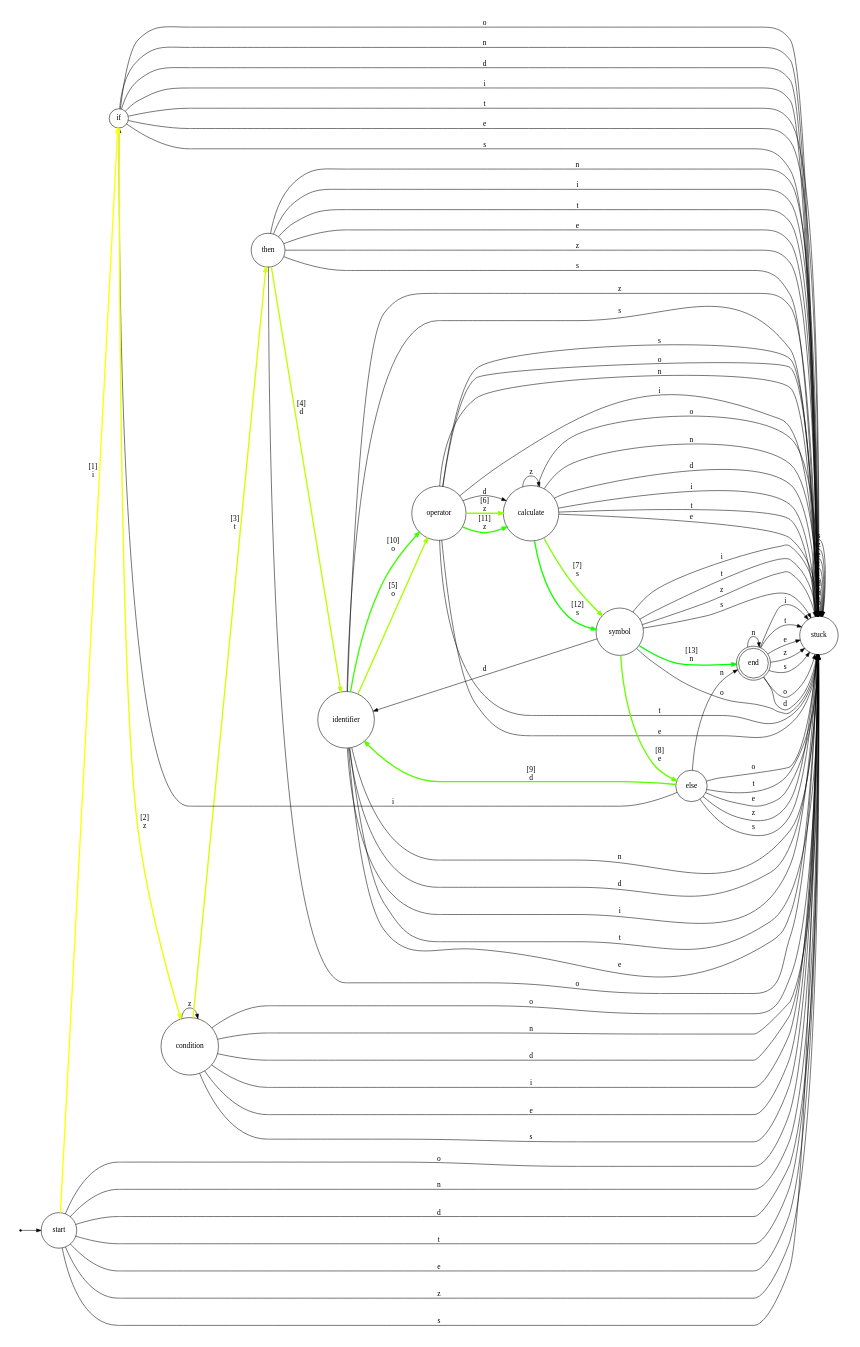
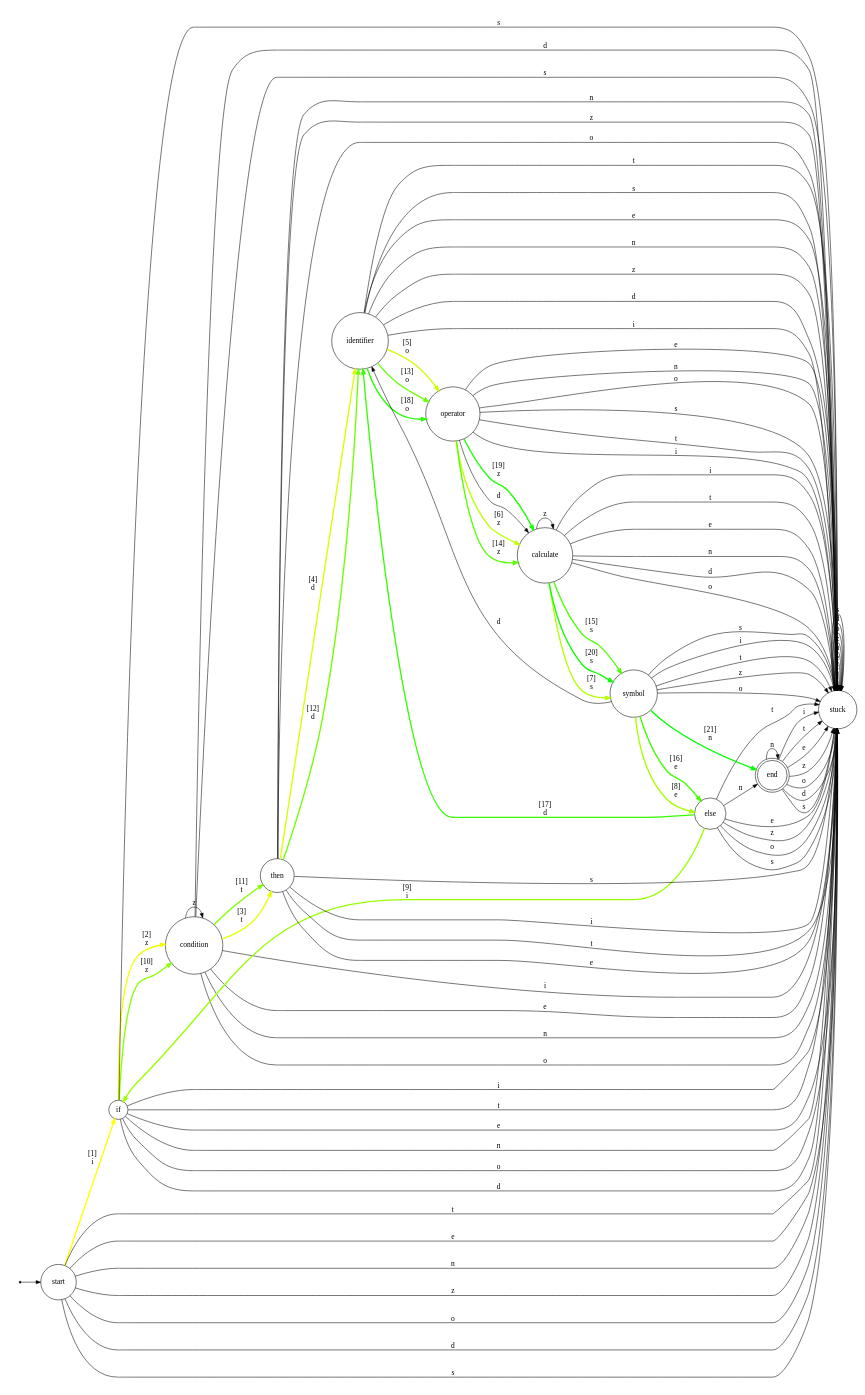
The diagram in Source/Code/Digraph.gv (MohamadAbdelmoniem/Compiler-Spring-2022), drawn with Graphviz before and after one commit. The commit also changed 3 other files, not shown here.

```diff
--- a/Source/Code/Digraph.gv
+++ b/Source/Code/Digraph.gv
@@ -1,121 +1,136 @@
 digraph {
 	ranksep=0.5 size="8, 8"
 	rankdir=LR
 	Initial [label="" fontsize=14.0 shape=point]
 	calculate [fontsize=14.0 shape=circle]
 	condition [fontsize=14.0 shape=circle]
 	else [fontsize=14.0 shape=circle]
 	end [fontsize=14.0 shape=doublecircle]
 	identifier [fontsize=14.0 shape=circle]
 	if [fontsize=14.0 shape=circle]
 	operator [fontsize=14.0 shape=circle]
 	start [fontsize=14.0 shape=circle]
 	stuck [fontsize=14.0 shape=circle]
 	symbol [fontsize=14.0 shape=circle]
 	then [fontsize=14.0 shape=circle]
 	Initial -> start [arrowsize=0.85]
 	start -> if [label=" [1]
 i " arrowsize=0.85 color="#ffff00" fontsize=14.0 penwidth=2.5]
 	if -> condition [label=" [2]
-z " arrowsize=0.85 color="#eaff00" fontsize=14.0 penwidth=2.5]
+z " arrowsize=0.85 color="#f2ff00" fontsize=14.0 penwidth=2.5]
 	condition -> then [label=" [3]
-t " arrowsize=0.85 color="#d5ff00" fontsize=14.0 penwidth=2.5]
+t " arrowsize=0.85 color="#e6ff00" fontsize=14.0 penwidth=2.5]
 	then -> identifier [label=" [4]
-d " arrowsize=0.85 color="#bfff00" fontsize=14.0 penwidth=2.5]
+d " arrowsize=0.85 color="#d9ff00" fontsize=14.0 penwidth=2.5]
 	identifier -> operator [label=" [5]
-o " arrowsize=0.85 color="#aaff00" fontsize=14.0 penwidth=2.5]
+o " arrowsize=0.85 color="#ccff00" fontsize=14.0 penwidth=2.5]
 	operator -> calculate [label=" [6]
-z " arrowsize=0.85 color="#95ff00" fontsize=14.0 penwidth=2.5]
+z " arrowsize=0.85 color="#bfff00" fontsize=14.0 penwidth=2.5]
 	calculate -> symbol [label=" [7]
-s " arrowsize=0.85 color="#80ff00" fontsize=14.0 penwidth=2.5]
+s " arrowsize=0.85 color="#b3ff00" fontsize=14.0 penwidth=2.5]
 	symbol -> else [label=" [8]
-e " arrowsize=0.85 color="#6aff00" fontsize=14.0 penwidth=2.5]
-	else -> identifier [label=" [9]
-d " arrowsize=0.85 color="#55ff00" fontsize=14.0 penwidth=2.5]
-	identifier -> operator [label=" [10]
-o " arrowsize=0.85 color="#40ff00" fontsize=14.0 penwidth=2.5]
-	operator -> calculate [label=" [11]
-z " arrowsize=0.85 color="#2bff00" fontsize=14.0 penwidth=2.5]
-	calculate -> symbol [label=" [12]
-s " arrowsize=0.85 color="#15ff00" fontsize=14.0 penwidth=2.5]
-	symbol -> end [label=" [13]
+e " arrowsize=0.85 color="#a6ff00" fontsize=14.0 penwidth=2.5]
+	else -> if [label=" [9]
+i " arrowsize=0.85 color="#99ff00" fontsize=14.0 penwidth=2.5]
+	if -> condition [label=" [10]
+z " arrowsize=0.85 color="#8cff00" fontsize=14.0 penwidth=2.5]
+	condition -> then [label=" [11]
+t " arrowsize=0.85 color="#80ff00" fontsize=14.0 penwidth=2.5]
+	then -> identifier [label=" [12]
+d " arrowsize=0.85 color="#73ff00" fontsize=14.0 penwidth=2.5]
+	identifier -> operator [label=" [13]
+o " arrowsize=0.85 color="#66ff00" fontsize=14.0 penwidth=2.5]
+	operator -> calculate [label=" [14]
+z " arrowsize=0.85 color="#59ff00" fontsize=14.0 penwidth=2.5]
+	calculate -> symbol [label=" [15]
+s " arrowsize=0.85 color="#4cff00" fontsize=14.0 penwidth=2.5]
+	symbol -> else [label=" [16]
+e " arrowsize=0.85 color="#40ff00" fontsize=14.0 penwidth=2.5]
+	else -> identifier [label=" [17]
+d " arrowsize=0.85 color="#33ff00" fontsize=14.0 penwidth=2.5]
+	identifier -> operator [label=" [18]
+o " arrowsize=0.85 color="#26ff00" fontsize=14.0 penwidth=2.5]
+	operator -> calculate [label=" [19]
+z " arrowsize=0.85 color="#19ff00" fontsize=14.0 penwidth=2.5]
+	calculate -> symbol [label=" [20]
+s " arrowsize=0.85 color="#0dff00" fontsize=14.0 penwidth=2.5]
+	symbol -> end [label=" [21]
 n " arrowsize=0.85 color="#00ff00" fontsize=14.0 penwidth=2.5]
-	end -> stuck [label=" o " arrowsize=0.85 fontsize=14.0]
-	end -> end [label=" n " arrowsize=0.85 fontsize=14.0]
-	end -> stuck [label=" d " arrowsize=0.85 fontsize=14.0]
+	start -> stuck [label=" t " arrowsize=0.85 fontsize=14.0]
+	start -> stuck [label=" e " arrowsize=0.85 fontsize=14.0]
+	start -> stuck [label=" n " arrowsize=0.85 fontsize=14.0]
+	start -> stuck [label=" z " arrowsize=0.85 fontsize=14.0]
+	start -> stuck [label=" o " arrowsize=0.85 fontsize=14.0]
+	start -> stuck [label=" d " arrowsize=0.85 fontsize=14.0]
+	start -> stuck [label=" s " arrowsize=0.85 fontsize=14.0]
+	if -> stuck [label=" i " arrowsize=0.85 fontsize=14.0]
+	if -> stuck [label=" t " arrowsize=0.85 fontsize=14.0]
+	if -> stuck [label=" e " arrowsize=0.85 fontsize=14.0]
+	if -> stuck [label=" n " arrowsize=0.85 fontsize=14.0]
+	if -> stuck [label=" o " arrowsize=0.85 fontsize=14.0]
+	if -> stuck [label=" d " arrowsize=0.85 fontsize=14.0]
+	if -> stuck [label=" s " arrowsize=0.85 fontsize=14.0]
+	then -> stuck [label=" i " arrowsize=0.85 fontsize=14.0]
+	then -> stuck [label=" t " arrowsize=0.85 fontsize=14.0]
+	then -> stuck [label=" e " arrowsize=0.85 fontsize=14.0]
+	then -> stuck [label=" n " arrowsize=0.85 fontsize=14.0]
+	then -> stuck [label=" z " arrowsize=0.85 fontsize=14.0]
+	then -> stuck [label=" o " arrowsize=0.85 fontsize=14.0]
+	then -> stuck [label=" s " arrowsize=0.85 fontsize=14.0]
+	else -> stuck [label=" t " arrowsize=0.85 fontsize=14.0]
+	else -> stuck [label=" e " arrowsize=0.85 fontsize=14.0]
+	else -> end [label=" n " arrowsize=0.85 fontsize=14.0]
+	else -> stuck [label=" z " arrowsize=0.85 fontsize=14.0]
+	else -> stuck [label=" o " arrowsize=0.85 fontsize=14.0]
+	else -> stuck [label=" s " arrowsize=0.85 fontsize=14.0]
 	end -> stuck [label=" i " arrowsize=0.85 fontsize=14.0]
 	end -> stuck [label=" t " arrowsize=0.85 fontsize=14.0]
 	end -> stuck [label=" e " arrowsize=0.85 fontsize=14.0]
+	end -> end [label=" n " arrowsize=0.85 fontsize=14.0]
 	end -> stuck [label=" z " arrowsize=0.85 fontsize=14.0]
+	end -> stuck [label=" o " arrowsize=0.85 fontsize=14.0]
+	end -> stuck [label=" d " arrowsize=0.85 fontsize=14.0]
 	end -> stuck [label=" s " arrowsize=0.85 fontsize=14.0]
-	start -> stuck [label=" o " arrowsize=0.85 fontsize=14.0]
-	start -> stuck [label=" n " arrowsize=0.85 fontsize=14.0]
-	start -> stuck [label=" d " arrowsize=0.85 fontsize=14.0]
-	start -> stuck [label=" t " arrowsize=0.85 fontsize=14.0]
-	start -> stuck [label=" e " arrowsize=0.85 fontsize=14.0]
-	start -> stuck [label=" z " arrowsize=0.85 fontsize=14.0]
-	start -> stuck [label=" s " arrowsize=0.85 fontsize=14.0]
-	if -> stuck [label=" o " arrowsize=0.85 fontsize=14.0]
-	if -> stuck [label=" n " arrowsize=0.85 fontsize=14.0]
-	if -> stuck [label=" d " arrowsize=0.85 fontsize=14.0]
-	if -> stuck [label=" i " arrowsize=0.85 fontsize=14.0]
-	if -> stuck [label=" t " arrowsize=0.85 fontsize=14.0]
-	if -> stuck [label=" e " arrowsize=0.85 fontsize=14.0]
-	if -> stuck [label=" s " arrowsize=0.85 fontsize=14.0]
-	operator -> stuck [label=" o " arrowsize=0.85 fontsize=14.0]
-	operator -> stuck [label=" n " arrowsize=0.85 fontsize=14.0]
-	operator -> calculate [label=" d " arrowsize=0.85 fontsize=14.0]
+	stuck -> stuck [label=" i " arrowsize=0.85 fontsize=14.0]
+	stuck -> stuck [label=" t " arrowsize=0.85 fontsize=14.0]
+	stuck -> stuck [label=" e " arrowsize=0.85 fontsize=14.0]
+	stuck -> stuck [label=" n " arrowsize=0.85 fontsize=14.0]
+	stuck -> stuck [label=" z " arrowsize=0.85 fontsize=14.0]
+	stuck -> stuck [label=" o " arrowsize=0.85 fontsize=14.0]
+	stuck -> stuck [label=" d " arrowsize=0.85 fontsize=14.0]
+	stuck -> stuck [label=" s " arrowsize=0.85 fontsize=14.0]
+	condition -> stuck [label=" i " arrowsize=0.85 fontsize=14.0]
+	condition -> condition [label=" z " arrowsize=0.85 fontsize=14.0]
+	condition -> stuck [label=" e " arrowsize=0.85 fontsize=14.0]
+	condition -> stuck [label=" n " arrowsize=0.85 fontsize=14.0]
+	condition -> stuck [label=" o " arrowsize=0.85 fontsize=14.0]
+	condition -> stuck [label=" d " arrowsize=0.85 fontsize=14.0]
+	condition -> stuck [label=" s " arrowsize=0.85 fontsize=14.0]
+	identifier -> stuck [label=" i " arrowsize=0.85 fontsize=14.0]
+	identifier -> stuck [label=" t " arrowsize=0.85 fontsize=14.0]
+	identifier -> stuck [label=" e " arrowsize=0.85 fontsize=14.0]
+	identifier -> stuck [label=" n " arrowsize=0.85 fontsize=14.0]
+	identifier -> stuck [label=" z " arrowsize=0.85 fontsize=14.0]
+	identifier -> stuck [label=" d " arrowsize=0.85 fontsize=14.0]
+	identifier -> stuck [label=" s " arrowsize=0.85 fontsize=14.0]
 	operator -> stuck [label=" i " arrowsize=0.85 fontsize=14.0]
 	operator -> stuck [label=" t " arrowsize=0.85 fontsize=14.0]
 	operator -> stuck [label=" e " arrowsize=0.85 fontsize=14.0]
+	operator -> stuck [label=" n " arrowsize=0.85 fontsize=14.0]
+	operator -> calculate [label=" d " arrowsize=0.85 fontsize=14.0]
+	operator -> stuck [label=" o " arrowsize=0.85 fontsize=14.0]
 	operator -> stuck [label=" s " arrowsize=0.85 fontsize=14.0]
-	then -> stuck [label=" o " arrowsize=0.85 fontsize=14.0]
-	then -> stuck [label=" n " arrowsize=0.85 fontsize=14.0]
-	then -> stuck [label=" i " arrowsize=0.85 fontsize=14.0]
-	then -> stuck [label=" t " arrowsize=0.85 fontsize=14.0]
-	then -> stuck [label=" e " arrowsize=0.85 fontsize=14.0]
-	then -> stuck [label=" z " arrowsize=0.85 fontsize=14.0]
-	then -> stuck [label=" s " arrowsize=0.85 fontsize=14.0]
-	calculate -> stuck [label=" o " arrowsize=0.85 fontsize=14.0]
-	calculate -> stuck [label=" n " arrowsize=0.85 fontsize=14.0]
-	calculate -> stuck [label=" d " arrowsize=0.85 fontsize=14.0]
 	calculate -> stuck [label=" i " arrowsize=0.85 fontsize=14.0]
 	calculate -> stuck [label=" t " arrowsize=0.85 fontsize=14.0]
 	calculate -> stuck [label=" e " arrowsize=0.85 fontsize=14.0]
+	calculate -> stuck [label=" n " arrowsize=0.85 fontsize=14.0]
 	calculate -> calculate [label=" z " arrowsize=0.85 fontsize=14.0]
-	identifier -> stuck [label=" n " arrowsize=0.85 fontsize=14.0]
-	identifier -> stuck [label=" d " arrowsize=0.85 fontsize=14.0]
-	identifier -> stuck [label=" i " arrowsize=0.85 fontsize=14.0]
-	identifier -> stuck [label=" t " arrowsize=0.85 fontsize=14.0]
-	identifier -> stuck [label=" e " arrowsize=0.85 fontsize=14.0]
-	identifier -> stuck [label=" z " arrowsize=0.85 fontsize=14.0]
-	identifier -> stuck [label=" s " arrowsize=0.85 fontsize=14.0]
-	stuck -> stuck [label=" o " arrowsize=0.85 fontsize=14.0]
-	stuck -> stuck [label=" n " arrowsize=0.85 fontsize=14.0]
-	stuck -> stuck [label=" d " arrowsize=0.85 fontsize=14.0]
-	stuck -> stuck [label=" i " arrowsize=0.85 fontsize=14.0]
-	stuck -> stuck [label=" t " arrowsize=0.85 fontsize=14.0]
-	stuck -> stuck [label=" e " arrowsize=0.85 fontsize=14.0]
-	stuck -> stuck [label=" z " arrowsize=0.85 fontsize=14.0]
-	stuck -> stuck [label=" s " arrowsize=0.85 fontsize=14.0]
-	else -> stuck [label=" o " arrowsize=0.85 fontsize=14.0]
-	else -> end [label=" n " arrowsize=0.85 fontsize=14.0]
-	else -> if [label=" i " arrowsize=0.85 fontsize=14.0]
-	else -> stuck [label=" t " arrowsize=0.85 fontsize=14.0]
-	else -> stuck [label=" e " arrowsize=0.85 fontsize=14.0]
-	else -> stuck [label=" z " arrowsize=0.85 fontsize=14.0]
-	else -> stuck [label=" s " arrowsize=0.85 fontsize=14.0]
-	symbol -> stuck [label=" o " arrowsize=0.85 fontsize=14.0]
-	symbol -> identifier [label=" d " arrowsize=0.85 fontsize=14.0]
+	calculate -> stuck [label=" d " arrowsize=0.85 fontsize=14.0]
+	calculate -> stuck [label=" o " arrowsize=0.85 fontsize=14.0]
 	symbol -> stuck [label=" i " arrowsize=0.85 fontsize=14.0]
 	symbol -> stuck [label=" t " arrowsize=0.85 fontsize=14.0]
 	symbol -> stuck [label=" z " arrowsize=0.85 fontsize=14.0]
+	symbol -> identifier [label=" d " arrowsize=0.85 fontsize=14.0]
+	symbol -> stuck [label=" o " arrowsize=0.85 fontsize=14.0]
 	symbol -> stuck [label=" s " arrowsize=0.85 fontsize=14.0]
-	condition -> stuck [label=" o " arrowsize=0.85 fontsize=14.0]
-	condition -> stuck [label=" n " arrowsize=0.85 fontsize=14.0]
-	condition -> stuck [label=" d " arrowsize=0.85 fontsize=14.0]
-	condition -> stuck [label=" i " arrowsize=0.85 fontsize=14.0]
-	condition -> stuck [label=" e " arrowsize=0.85 fontsize=14.0]
-	condition -> condition [label=" z " arrowsize=0.85 fontsize=14.0]
-	condition -> stuck [label=" s " arrowsize=0.85 fontsize=14.0]
 }
```
